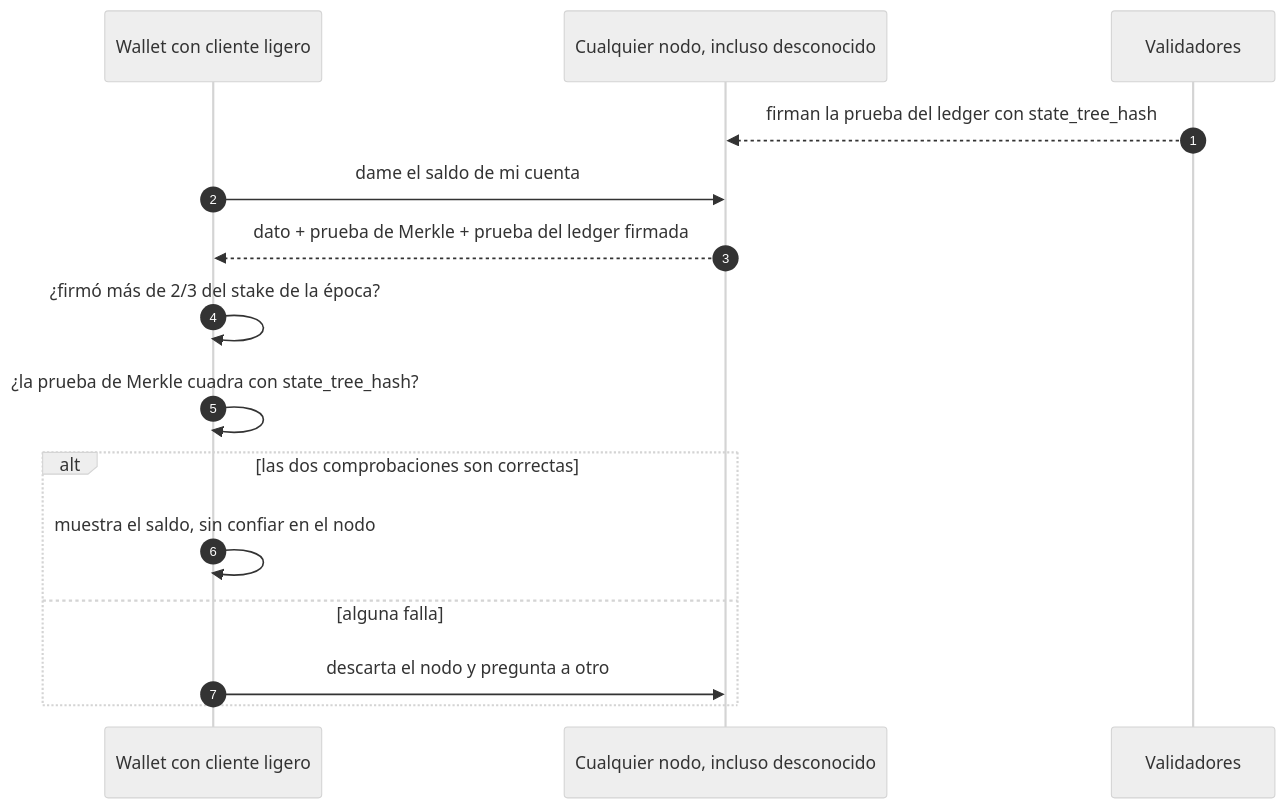
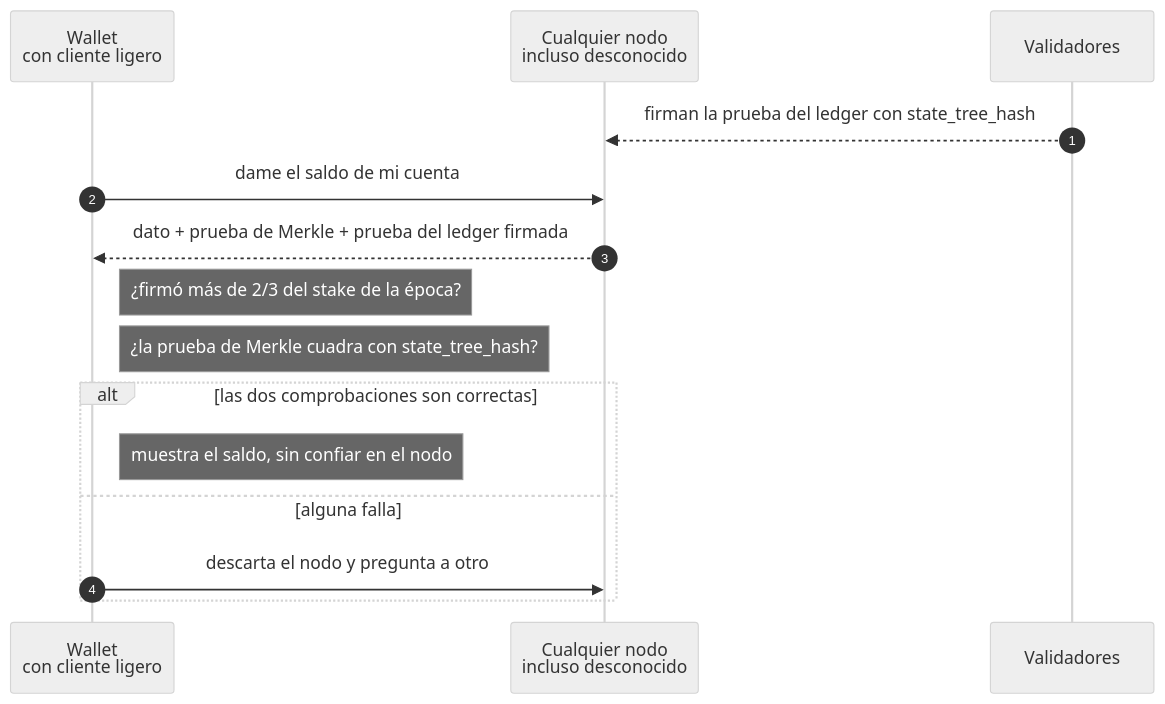
One commit to dazligth/radix-decentralization-roadmap changed the sixth of 7 diagrams in docs/es/06-solucion-recomendada.md. Above: the diagram before and after it, drawn with Mermaid (neutral theme). The commit also changed other lines of this file and 9 other files, not shown here.

First line of the commit message:
Redesign diagrams for readability on GitHub

````diff
--- a/docs/es/06-solucion-recomendada.md
+++ b/docs/es/06-solucion-recomendada.md
@@ -233,17 +216,17 @@
 ```mermaid
 sequenceDiagram
     autonumber
-    participant W as Wallet con cliente ligero
-    participant Q as Cualquier nodo, incluso desconocido
+    participant W as Wallet<br/>con cliente ligero
+    participant Q as Cualquier nodo<br/>incluso desconocido
     participant V as Validadores
     V-->>Q: firman la prueba del ledger con state_tree_hash
     W->>Q: dame el saldo de mi cuenta
     Q-->>W: dato + prueba de Merkle + prueba del ledger firmada
-    W->>W: ¿firmó más de 2/3 del stake de la época?
-    W->>W: ¿la prueba de Merkle cuadra con state_tree_hash?
+    Note right of W: ¿firmó más de 2/3 del stake de la época?
+    Note right of W: ¿la prueba de Merkle cuadra con state_tree_hash?
     alt las dos comprobaciones son correctas
-        W->>W: muestra el saldo, sin confiar en el nodo
+        Note right of W: muestra el saldo, sin confiar en el nodo
     else alguna falla
         W->>Q: descarta el nodo y pregunta a otro
     end
 ```
````
